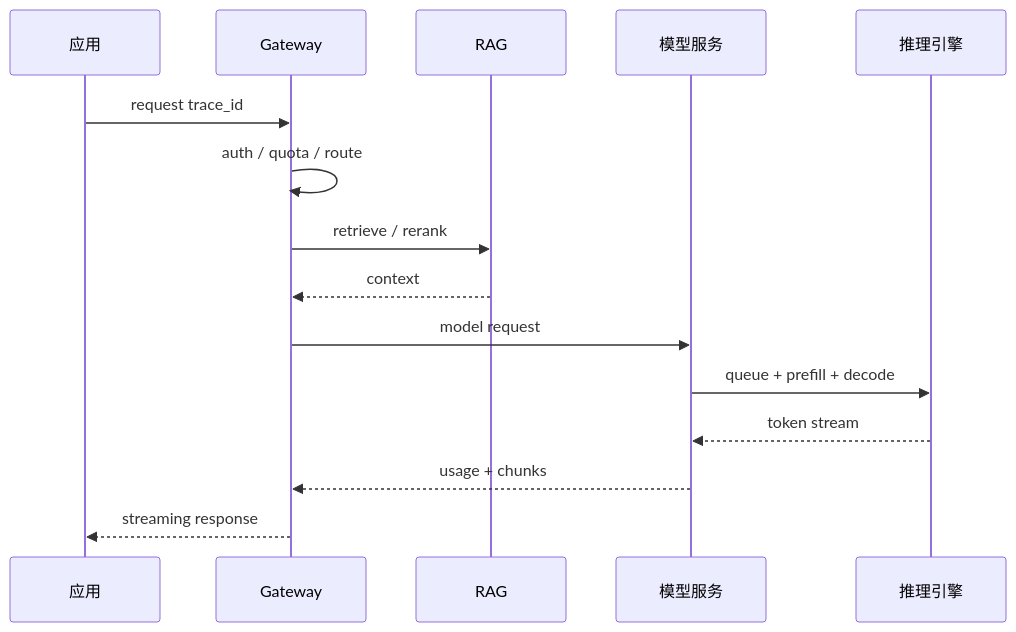
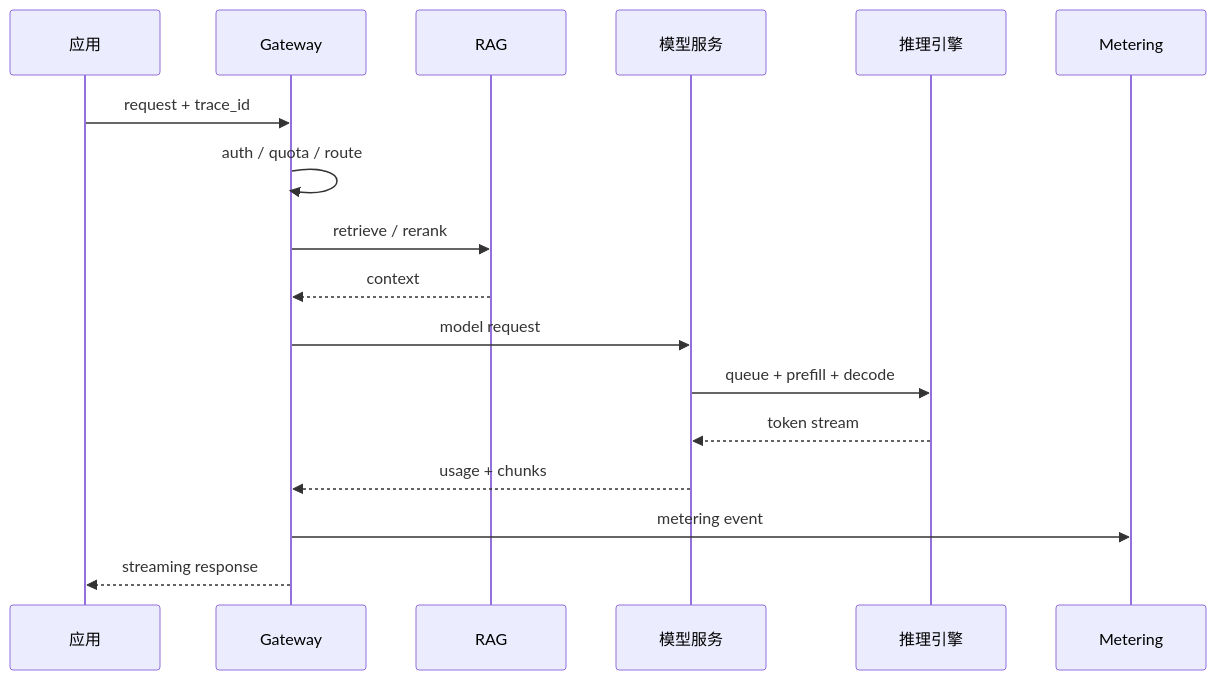
The second of 2 diagrams in docs/part-02-platform/chapter-08-platform-observability.md (ikingye/ai-factory-engineering), drawn with Mermaid before and after one commit. The commit also changed other lines of this file and 3 other files, not shown here.

````diff
--- a/docs/part-02-platform/chapter-08-platform-observability.md
+++ b/docs/part-02-platform/chapter-08-platform-observability.md
@@ -50,17 +80,19 @@
 ```mermaid
 sequenceDiagram
   participant App as 应用
   participant GW as Gateway
   participant RAG as RAG
   participant S as 模型服务
   participant E as 推理引擎
-  App->>GW: request trace_id
+  participant M as Metering
+  App->>GW: request + trace_id
   GW->>GW: auth / quota / route
   GW->>RAG: retrieve / rerank
   RAG-->>GW: context
   GW->>S: model request
   S->>E: queue + prefill + decode
   E-->>S: token stream
   S-->>GW: usage + chunks
+  GW->>M: metering event
   GW-->>App: streaming response
 ```
````
